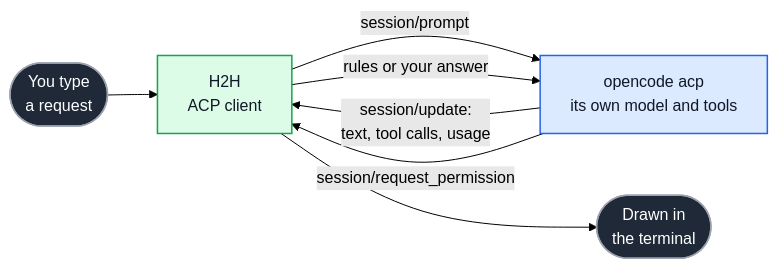
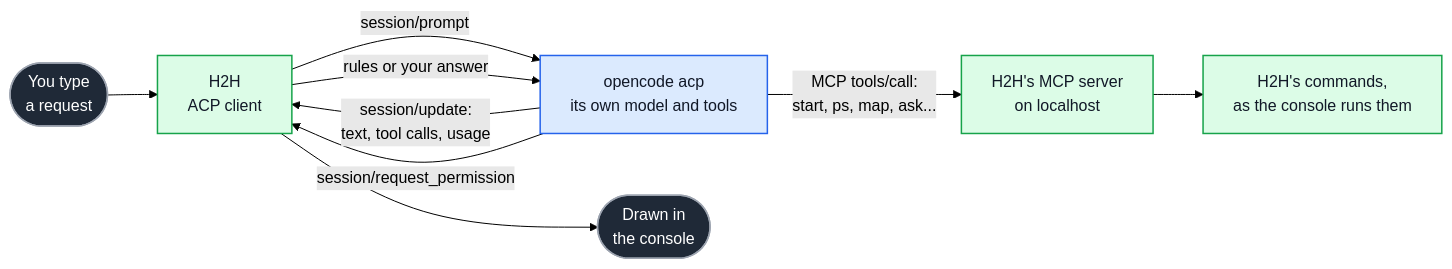
Before and after one commit to Selkomark/H2H: the diagram in docs/acp.md, drawn with Mermaid (forest theme). The commit also changed other lines of this file and 11 other files, not shown here.

First line of the commit message:
Run the ACP demo in the console, with H2H's commands as tools

````diff
--- a/docs/acp.md
+++ b/docs/acp.md
@@ -42,16 +45,18 @@
 ```mermaid
 flowchart LR
     USER(["You type<br/>a request"]) --> H2H["H2H<br/>ACP client"]
     H2H -->|"session/prompt"| AGENT["opencode acp<br/>its own model and tools"]
     AGENT -->|"session/update:<br/>text, tool calls, usage"| H2H
     AGENT -->|"session/request_permission"| H2H
     H2H -->|"rules or your answer"| AGENT
-    H2H --> VIEW(["Drawn in<br/>the terminal"])
+    AGENT -->|"MCP tools/call:<br/>start, ps, map, ask..."| MCP["H2H's MCP server<br/>on localhost"]
+    MCP --> CMDS["H2H's commands,<br/>as the console runs them"]
+    H2H --> VIEW(["Drawn in<br/>the console"])
 
     classDef entry fill:#1f2937,stroke:#9ca3af,stroke-width:1.5px,color:#ffffff
     classDef harness fill:#dbeafe,stroke:#2563eb,stroke-width:1.5px,color:#111827
     classDef code fill:#dcfce7,stroke:#16a34a,stroke-width:1.5px,color:#111827
     class USER,VIEW entry
     class AGENT harness
-    class H2H code
+    class H2H,MCP,CMDS code
 ```
````
